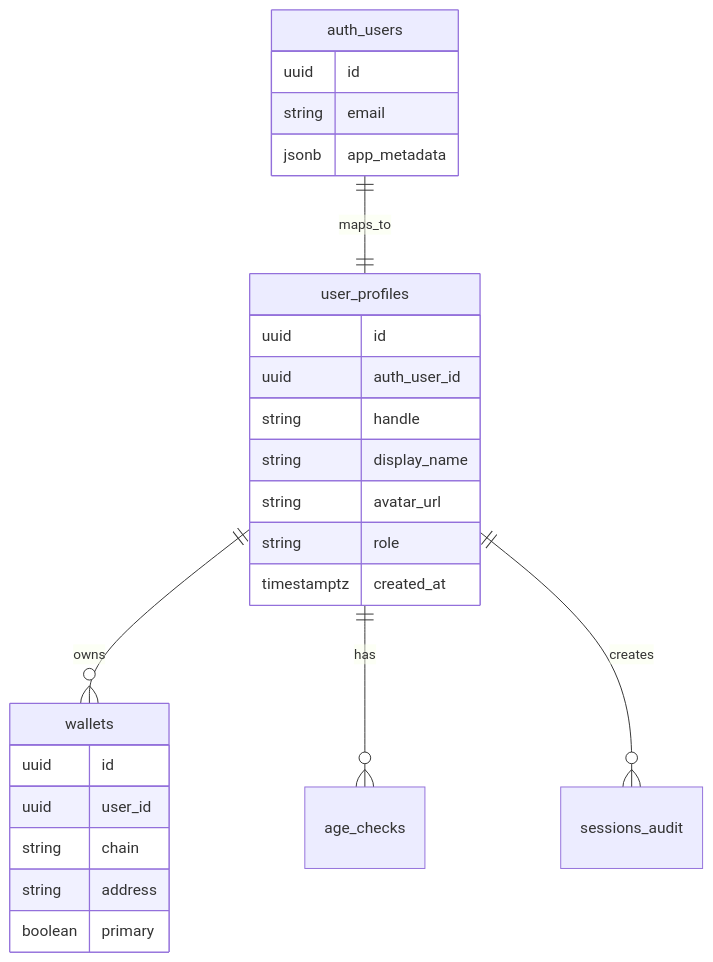
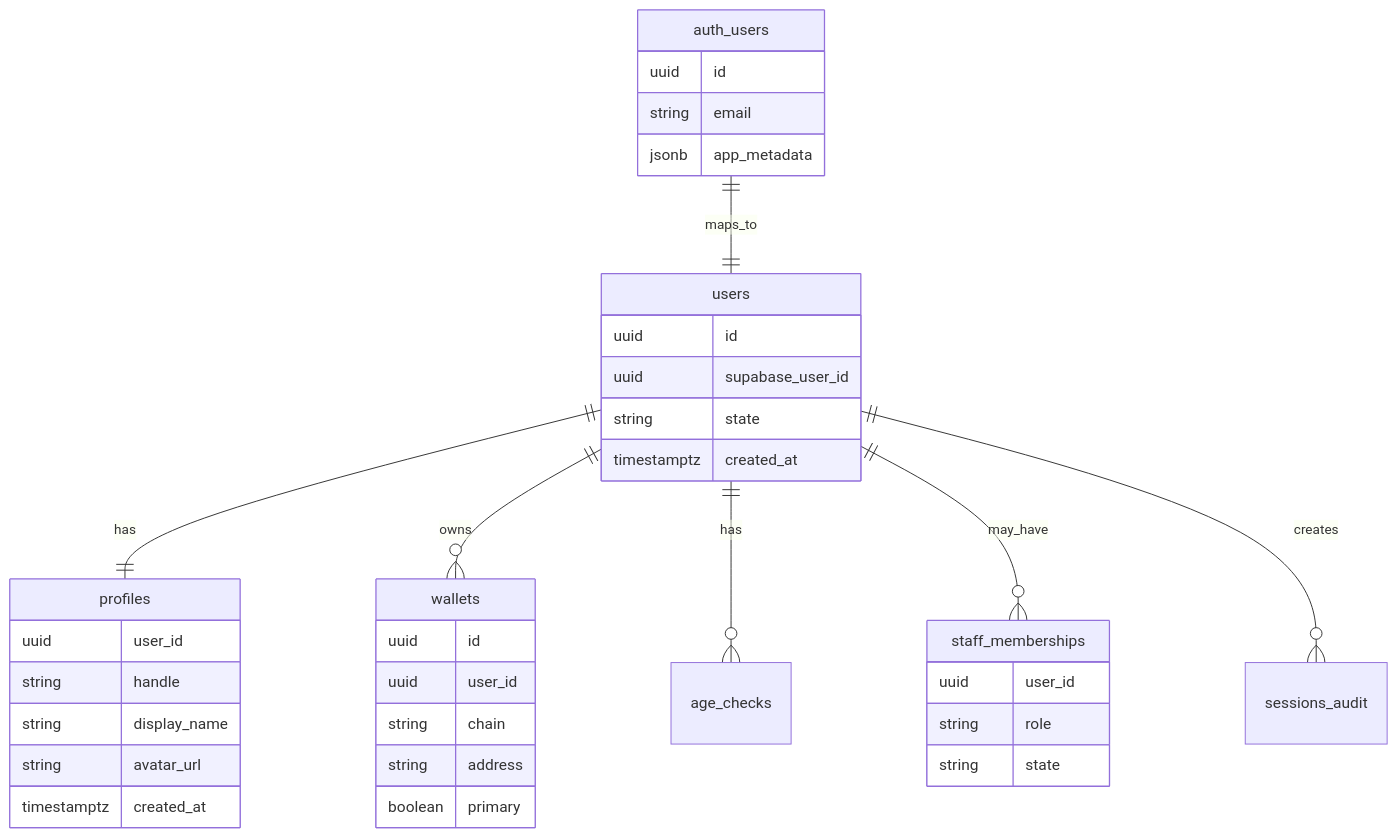
The first of 2 diagrams in docs/v2-new-build/auth-supabase-realtime.md (mariospeterman/VEEL-v2), drawn with Mermaid before and after one commit. The commit also changed other lines of this file and 16 other files, not shown here.

````diff
--- a/docs/v2-new-build/auth-supabase-realtime.md
+++ b/docs/v2-new-build/auth-supabase-realtime.md
@@ -16,29 +16,40 @@
 ```mermaid
 erDiagram
-  auth_users ||--|| user_profiles : maps_to
-  user_profiles ||--o{ wallets : owns
-  user_profiles ||--o{ age_checks : has
-  user_profiles ||--o{ sessions_audit : creates
+  auth_users ||--|| users : maps_to
+  users ||--|| profiles : has
+  users ||--o{ wallets : owns
+  users ||--o{ age_checks : has
+  users ||--o{ staff_memberships : may_have
+  users ||--o{ sessions_audit : creates
 
   auth_users {
     uuid id
     string email
     jsonb app_metadata
   }
-  user_profiles {
+  users {
     uuid id
-    uuid auth_user_id
+    uuid supabase_user_id
+    string state
+    timestamptz created_at
+  }
+  profiles {
+    uuid user_id
     string handle
     string display_name
     string avatar_url
+    timestamptz created_at
+  }
+  staff_memberships {
+    uuid user_id
     string role
-    timestamptz created_at
+    string state
   }
   wallets {
     uuid id
     uuid user_id
     string chain
     string address
     boolean primary
   }
 ```
````
